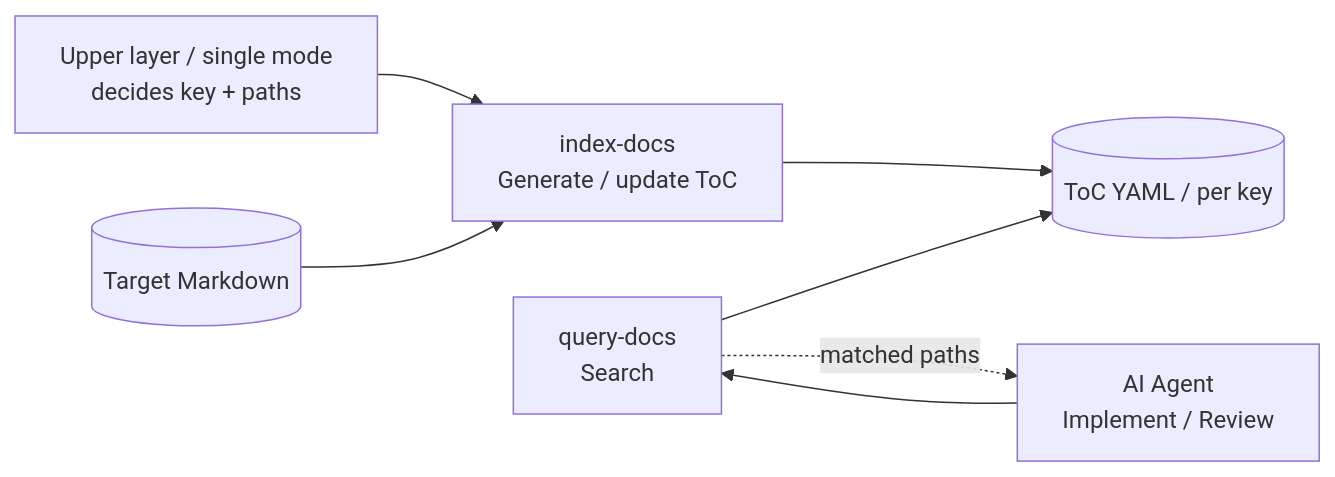
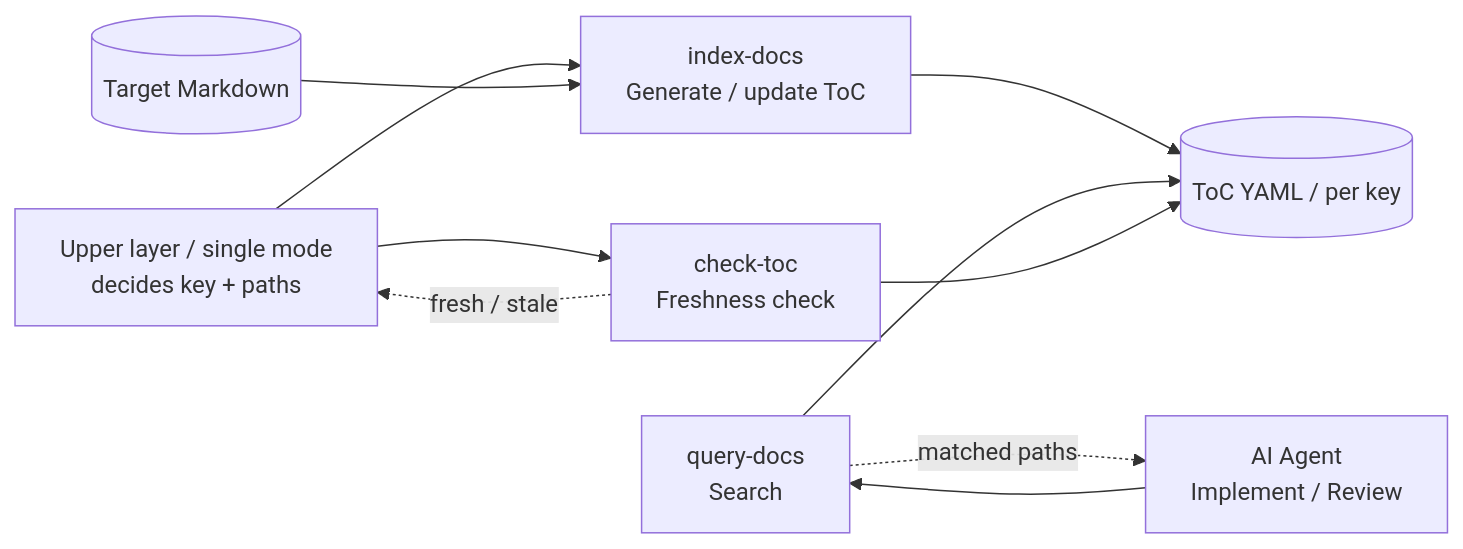
The diagram in README_en.md (BlueEventHorizon/DocAdvisor-CC), drawn with Mermaid before and after one commit. The commit also changed other lines of this file and 10 other files, not shown here.

Commit message:
docs: check-toc の仕様を base へ統合し一時 feature 文書を削除

````diff
--- a/README_en.md
+++ b/README_en.md
@@ -35,14 +36,18 @@
 ```mermaid
 flowchart LR
     UP[Upper layer / single mode<br/>decides key + paths]
     DOC[(Target Markdown)]
     IX[index-docs<br/>Generate / update ToC]
     QR[query-docs<br/>Search]
+    CK[check-toc<br/>Freshness check]
     AI[AI Agent<br/>Implement / Review]
 
     UP --> IX
     DOC --> IX --> TOC[(ToC YAML / per key)]
     QR --> TOC
+    CK --> TOC
     AI --> QR
     QR -. matched paths .-> AI
+    UP --> CK
+    CK -. fresh / stale .-> UP
 ```
````
